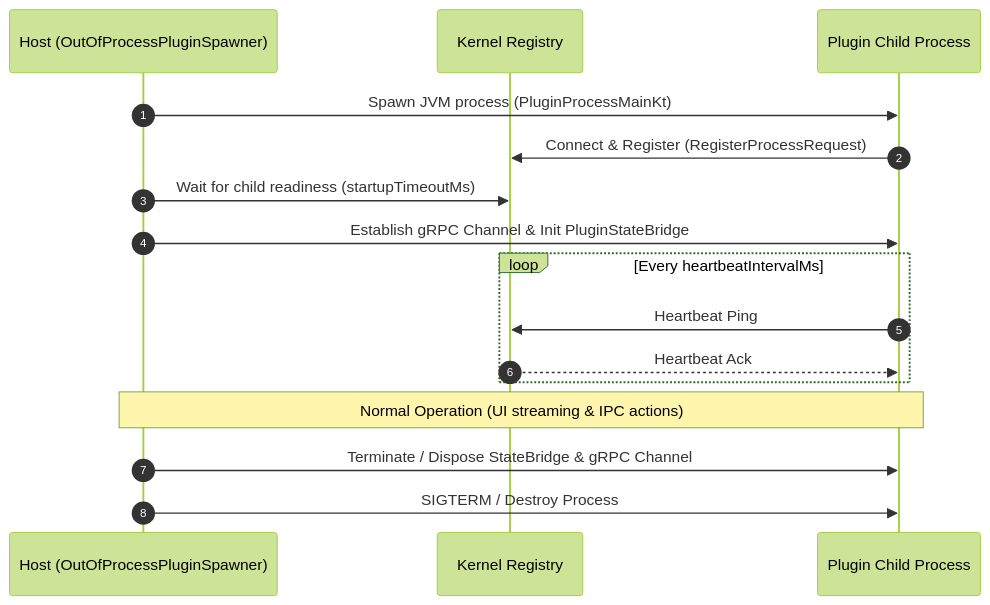
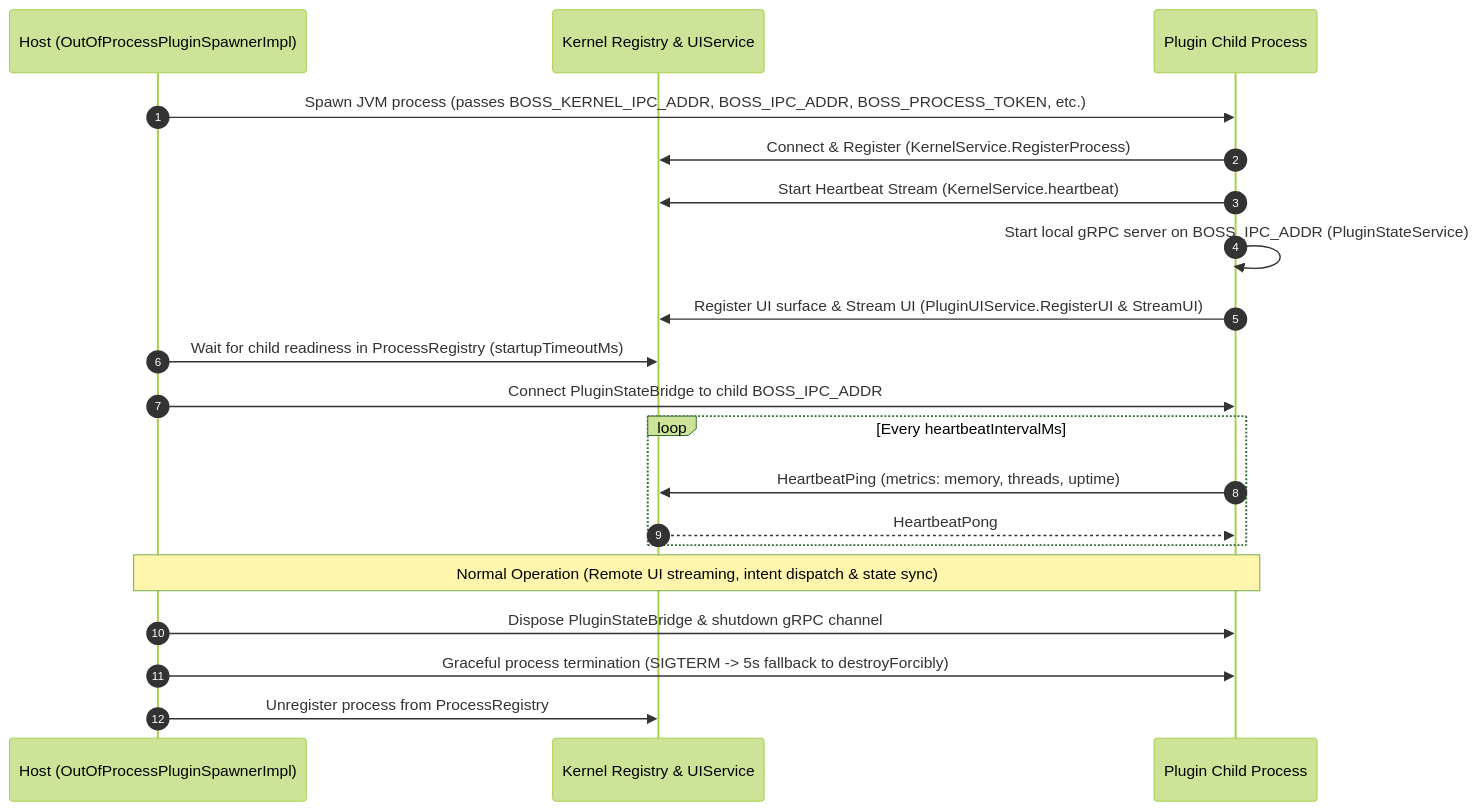
Before and after one commit to Aditya8369/BossConsole: the second of 2 diagrams in docs/OOP_PLUGIN_DEVELOPMENT_GUIDE.md, drawn with Mermaid (forest theme). The commit also changed other lines of this file and 1 other file, not shown here.

````diff
--- a/docs/OOP_PLUGIN_DEVELOPMENT_GUIDE.md
+++ b/docs/OOP_PLUGIN_DEVELOPMENT_GUIDE.md
@@ -79,19 +87,23 @@
 ```mermaid
 sequenceDiagram
     autonumber
-    participant Host as Host (OutOfProcessPluginSpawner)
-    participant Kernel as Kernel Registry
+    participant Host as Host (OutOfProcessPluginSpawnerImpl)
+    participant Kernel as Kernel Registry & UIService
     participant Child as Plugin Child Process
     
-    Host->>Child: Spawn JVM process (PluginProcessMainKt)
-    Child->>Kernel: Connect & Register (RegisterProcessRequest)
-    Host->>Kernel: Wait for child readiness (startupTimeoutMs)
-    Host->>Child: Establish gRPC Channel & Init PluginStateBridge
+    Host->>Child: Spawn JVM process (passes BOSS_KERNEL_IPC_ADDR, BOSS_IPC_ADDR, BOSS_PROCESS_TOKEN, etc.)
+    Child->>Kernel: Connect & Register (KernelService.RegisterProcess)
+    Child->>Kernel: Start Heartbeat Stream (KernelService.heartbeat)
+    Child->>Child: Start local gRPC server on BOSS_IPC_ADDR (PluginStateService)
+    Child->>Kernel: Register UI surface & Stream UI (PluginUIService.RegisterUI & StreamUI)
+    Host->>Kernel: Wait for child readiness in ProcessRegistry (startupTimeoutMs)
+    Host->>Child: Connect PluginStateBridge to child BOSS_IPC_ADDR
     loop Every heartbeatIntervalMs
-        Child->>Kernel: Heartbeat Ping
-        Kernel-->>Child: Heartbeat Ack
+        Child->>Kernel: HeartbeatPing (metrics: memory, threads, uptime)
+        Kernel-->>Child: HeartbeatPong
     end
-    Note over Host,Child: Normal Operation (UI streaming & IPC actions)
-    Host->>Child: Terminate / Dispose StateBridge & gRPC Channel
-    Host->>Child: SIGTERM / Destroy Process
+    Note over Host,Child: Normal Operation (Remote UI streaming, intent dispatch & state sync)
+    Host->>Child: Dispose PluginStateBridge & shutdown gRPC channel
+    Host->>Child: Graceful process termination (SIGTERM -> 5s fallback to destroyForcibly)
+    Host->>Kernel: Unregister process from ProcessRegistry
 ```
````
